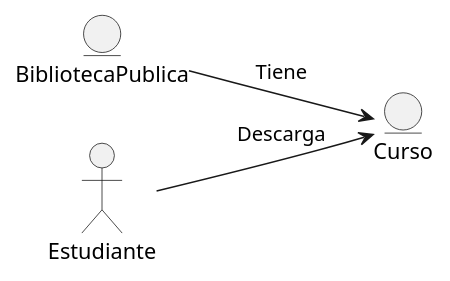
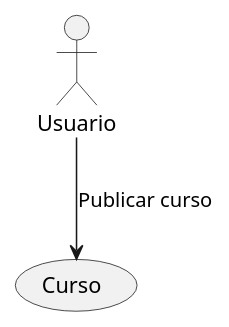
One commit to the-HaMo/PDS-proyect changed the diagram in info/Desarrollo-Caso11.md. Above: the diagram before and after it, drawn with PlantUML. The commit also changed other lines of this file, not shown here.

```diff
--- a/info/Desarrollo-Caso11.md
+++ b/info/Desarrollo-Caso11.md
@@ -5,8 +5,4 @@
 @startuml
-left to right direction
-entity BibliotecaPublica
-entity Curso
-actor Estudiante
-BibliotecaPublica --> Curso : Tiene
-Estudiante --> Curso : Descarga
+actor Usuario
+Usuario --> (Curso) : Publicar curso
 @enduml
```
